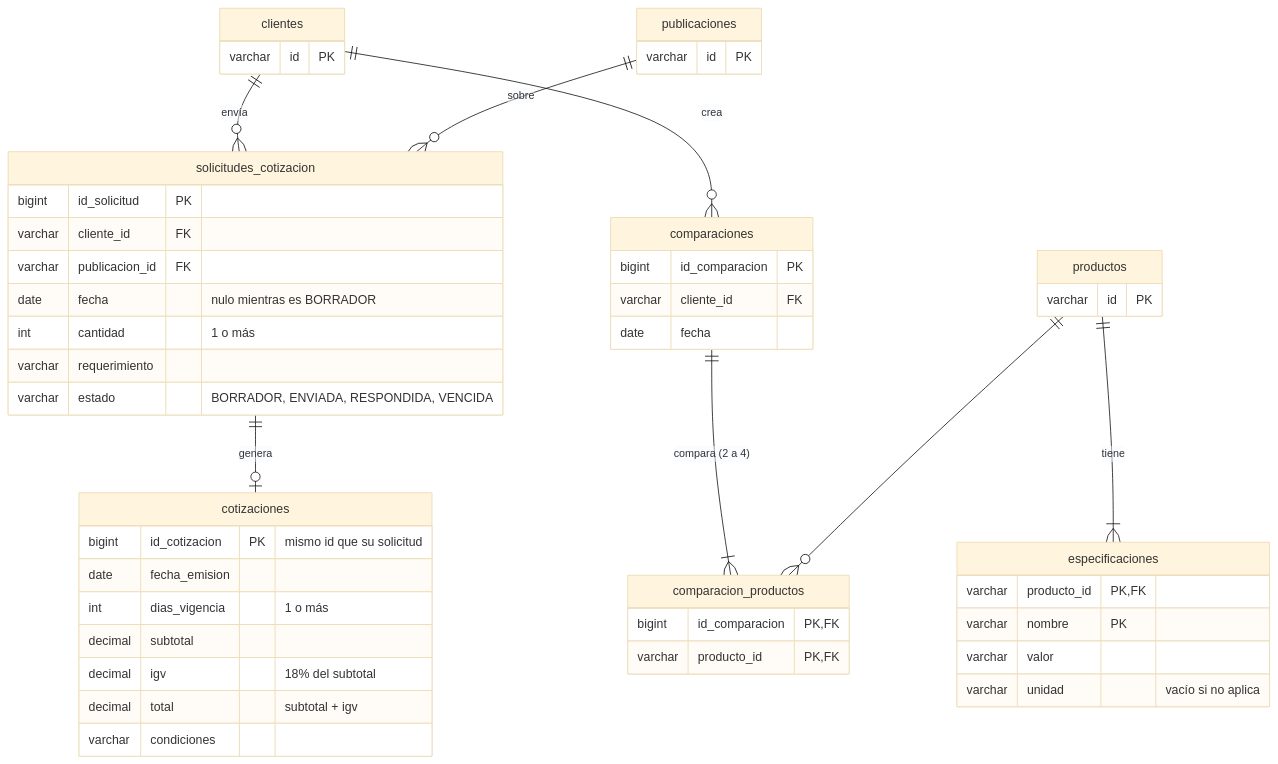
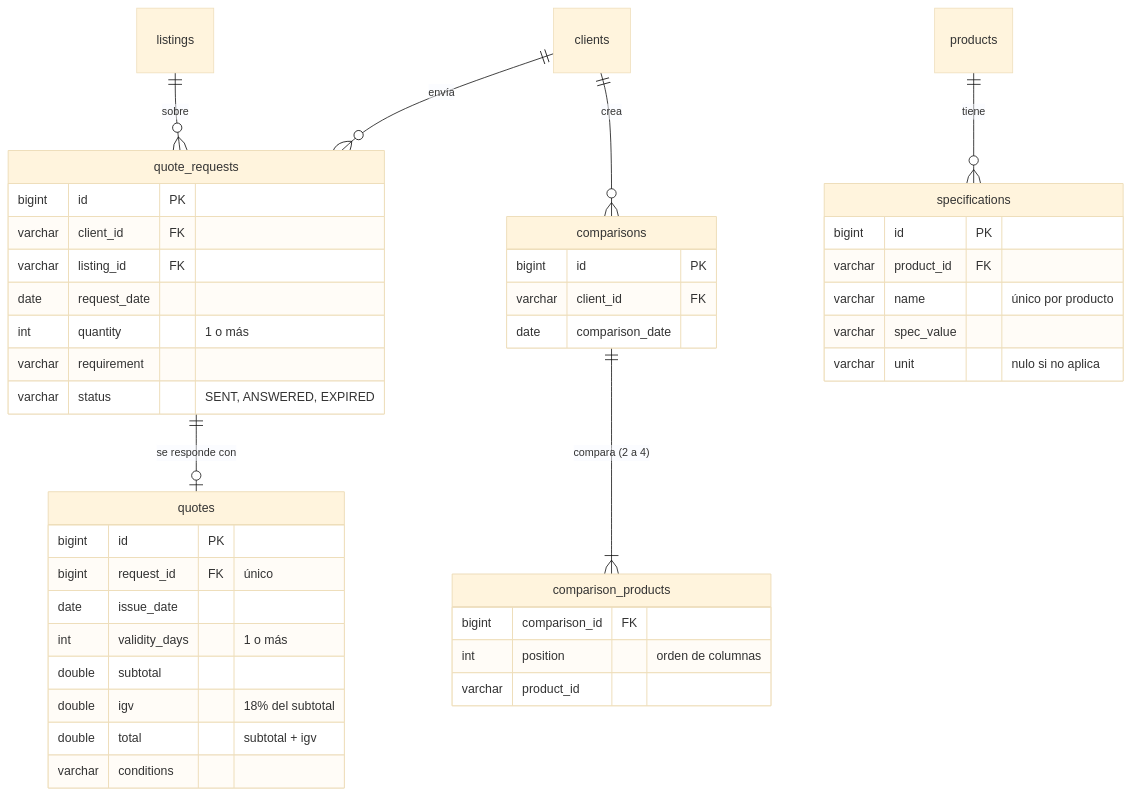
Before and after one commit to esteban-abanto-2709/TecnoLink: the fifth of 5 diagrams in docs/backend/modelo-datos.md, drawn with Mermaid (base theme). The commit also changed other lines of this file and 34 other files, not shown here.

Commit message:
feat(quotes): add product comparison with comparison table

````diff
--- a/docs/backend/modelo-datos.md
+++ b/docs/backend/modelo-datos.md
@@ -224,53 +224,46 @@
 ```mermaid
 erDiagram
-    clientes ||--o{ solicitudes_cotizacion : "envía"
-    publicaciones ||--o{ solicitudes_cotizacion : "sobre"
-    solicitudes_cotizacion ||--o| cotizaciones : "genera"
-    clientes ||--o{ comparaciones : "crea"
-    comparaciones ||--|{ comparacion_productos : "compara (2 a 4)"
-    productos ||--o{ comparacion_productos : ""
-    productos ||--|{ especificaciones : "tiene"
+    clients ||--o{ quote_requests : "envía"
+    listings ||--o{ quote_requests : "sobre"
+    quote_requests ||--o| quotes : "se responde con"
+    products ||--o{ specifications : "tiene"
+    clients ||--o{ comparisons : "crea"
+    comparisons ||--|{ comparison_products : "compara (2 a 4)"
 
-    clientes {
-        varchar id PK
+    quote_requests {
+        bigint id PK
+        varchar client_id FK
+        varchar listing_id FK
+        date request_date
+        int quantity "1 o más"
+        varchar requirement
+        varchar status "SENT, ANSWERED, EXPIRED"
     }
-    publicaciones {
-        varchar id PK
+    quotes {
+        bigint id PK
+        bigint request_id FK "único"
+        date issue_date
+        int validity_days "1 o más"
+        double subtotal
+        double igv "18% del subtotal"
+        double total "subtotal + igv"
+        varchar conditions
     }
-    productos {
-        varchar id PK
+    specifications {
+        bigint id PK
+        varchar product_id FK
+        varchar name "único por producto"
+        varchar spec_value
+        varchar unit "nulo si no aplica"
     }
-    solicitudes_cotizacion {
-        bigint id_solicitud PK
-        varchar cliente_id FK
-        varchar publicacion_id FK
-        date fecha "nulo mientras es BORRADOR"
-        int cantidad "1 o más"
-        varchar requerimiento
-        varchar estado "BORRADOR, ENVIADA, RESPONDIDA, VENCIDA"
+    comparisons {
+        bigint id PK
+        varchar client_id FK
+        date comparison_date
     }
-    cotizaciones {
-        bigint id_cotizacion PK "mismo id que su solicitud"
-        date fecha_emision
-        int dias_vigencia "1 o más"
-        decimal subtotal
-        decimal igv "18% del subtotal"
-        decimal total "subtotal + igv"
-        varchar condiciones
-    }
-    comparaciones {
-        bigint id_comparacion PK
-        varchar cliente_id FK
-        date fecha
-    }
-    comparacion_productos {
-        bigint id_comparacion PK, FK
-        varchar producto_id PK, FK
-    }
-    especificaciones {
-        varchar producto_id PK, FK
-        varchar nombre PK
-        varchar valor
-        varchar unidad "vacío si no aplica"
+    comparison_products {
+        bigint comparison_id FK
+        int position "orden de columnas"
+        varchar product_id
     }
 ```
````
